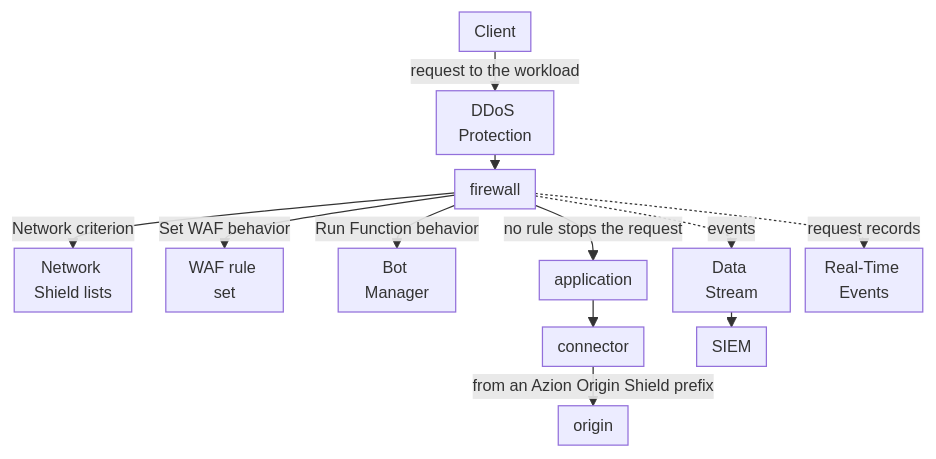
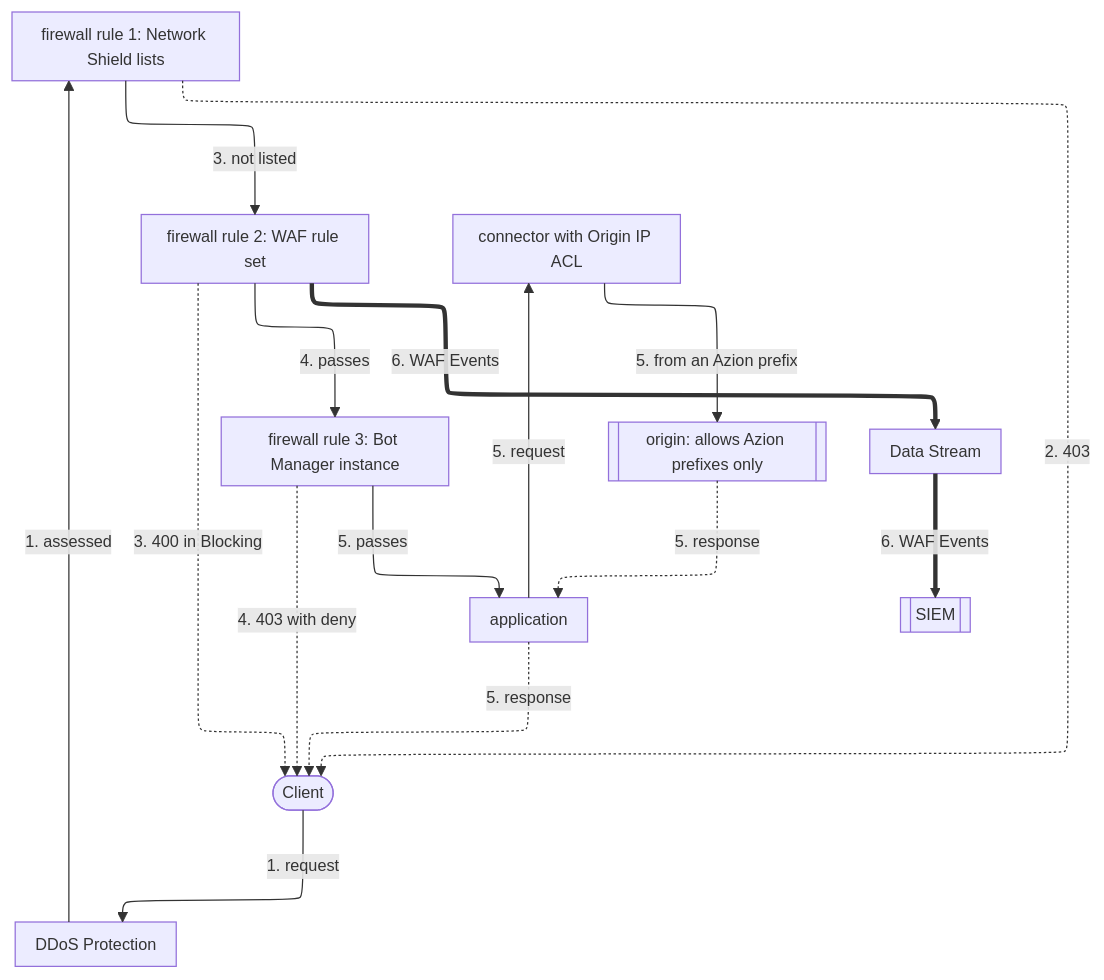
One commit to aziontech/docs changed the diagram in apps/docs/src/content/docs/en/pages/architectures/edge-firewall/waap-architecture.mdx. Above: the diagram before and after it, drawn with Mermaid. The commit also changed other lines of this file and 179 other files, not shown here.

Commit message:
docs(diagrams): redraw every other diagram in the use-case diagram style (#2513)

````diff
--- a/apps/docs/src/content/docs/en/pages/architectures/edge-firewall/waap-architecture.mdx
+++ b/apps/docs/src/content/docs/en/pages/architectures/edge-firewall/waap-architecture.mdx
@@ -19,15 +21,28 @@
 ```mermaid
-%%{init: {"layout": "dagre", "themeVariables": {"fontSize": "13px"}, "flowchart": {"nodeSpacing": 12, "rankSpacing": 12, "padding": 6, "wrappingWidth": 70, "minNodeWidth": 40, "useMaxWidth": true}}}%%
+%%{init: {"layout": "elk", "elk": {"cycleBreakingStrategy": "MODEL_ORDER"}, "themeVariables": {"fontSize": "13px"}, "flowchart": {"nodeSpacing": 24, "rankSpacing": 36, "padding": 8, "wrappingWidth": 150, "useMaxWidth": true}, "sequence": {"width": 120, "actorMargin": 30, "useMaxWidth": true}}}%%
 flowchart TD
-  Client["Client"] -->|"request to the workload"| DDoS["DDoS Protection"]
-  DDoS --> FW["firewall"]
-  FW -->|"Network criterion"| NS["Network Shield lists"]
-  FW -->|"Set WAF behavior"| WAF["WAF rule set"]
-  FW -->|"Run Function behavior"| BM["Bot Manager"]
-  FW -->|"no rule stops the request"| App["application"]
-  App --> Conn["connector"]
-  Conn -->|"from an Azion Origin Shield prefix"| Origin["origin"]
-  FW -.->|"events"| DS["Data Stream"]
-  DS --> SIEM["SIEM"]
-  FW -.->|"request records"| RTE["Real-Time Events"]
+  Client(["Client"])
+  DDoS["DDoS Protection"]
+  Net["firewall rule 1: Network Shield lists"]
+  WAF["firewall rule 2: WAF rule set"]
+  Bot["firewall rule 3: Bot Manager instance"]
+  App["application"]
+  Conn["connector with Origin IP ACL"]
+  Origin[["origin: allows Azion prefixes only"]]
+  Stream["Data Stream"]
+  SIEM[["SIEM"]]
+  Client -->|"1. request"| DDoS
+  DDoS -->|"1. assessed"| Net
+  Net -->|"3. not listed"| WAF
+  WAF -->|"4. passes"| Bot
+  Bot -->|"5. passes"| App
+  App -->|"5. request"| Conn
+  Conn -->|"5. from an Azion prefix"| Origin
+  Origin -.->|"5. response"| App
+  App -.->|"5. response"| Client
+  Net -.->|"2. 403"| Client
+  WAF -.->|"3. 400 in Blocking"| Client
+  Bot -.->|"4. 403 with deny"| Client
+  WAF ==>|"6. WAF Events"| Stream
+  Stream ==>|"6. WAF Events"| SIEM
 ```
````
